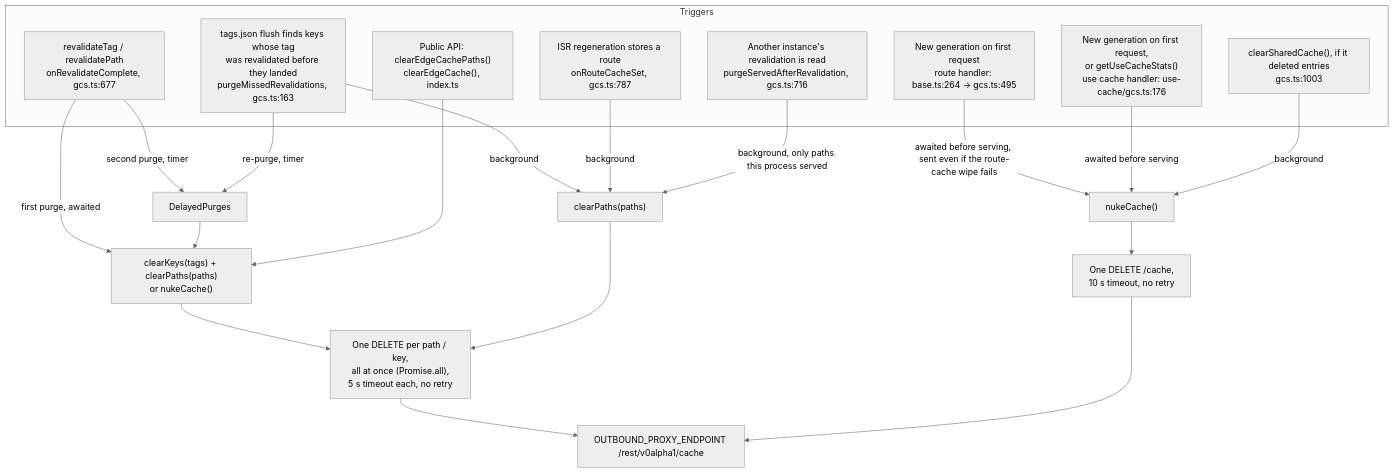
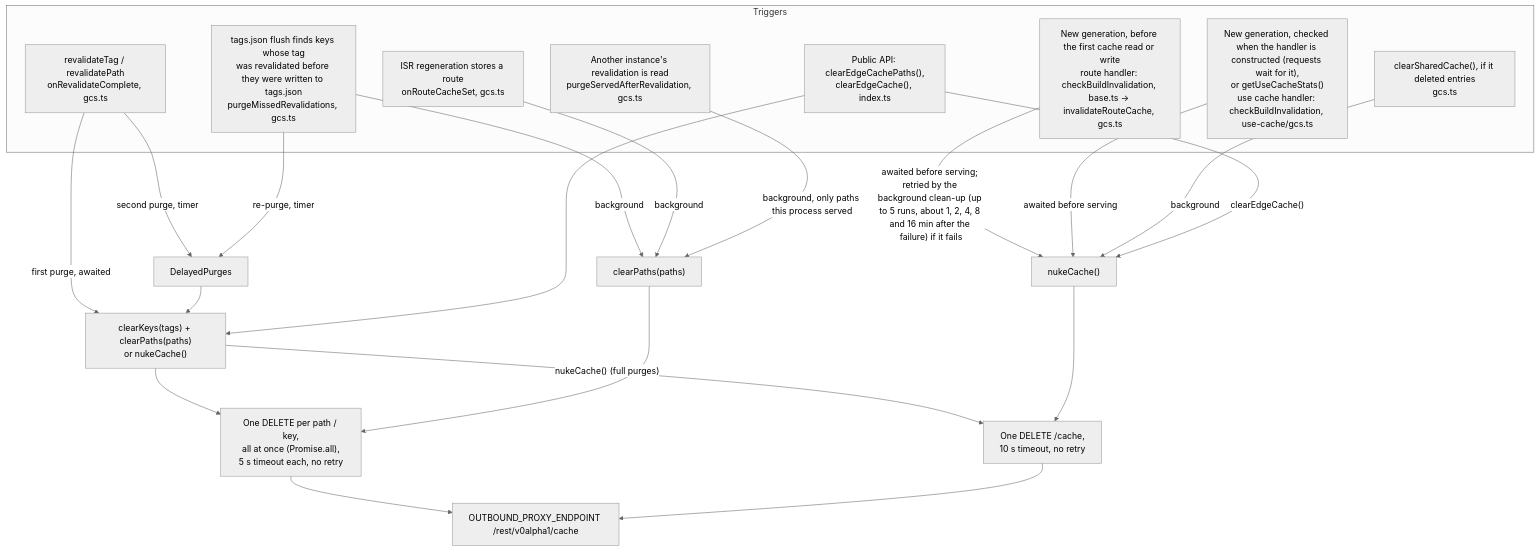
Before and after one commit to pantheon-systems/nextjs-cache-handler: the fourth of 5 diagrams in ARCHITECTURE.md, drawn with Mermaid (neutral theme). The commit also changed other lines of this file and 32 other files, not shown here.

First line of the commit message:
fix(SITE-6368):  move build cleanup off request path (#147)

````diff
--- a/ARCHITECTURE.md
+++ b/ARCHITECTURE.md
@@ -212,31 +216,33 @@
 ```mermaid
 flowchart TB
   subgraph triggers["Triggers"]
-    t1["revalidateTag / revalidatePath<br/>onRevalidateComplete, gcs.ts:677"]
-    t2["ISR regeneration stores a route<br/>onRouteCacheSet, gcs.ts:787"]
-    t3["tags.json flush finds keys whose tag<br/>was revalidated before they landed<br/>purgeMissedRevalidations, gcs.ts:163"]
-    t4["New generation on first request<br/>route handler: base.ts:264 → gcs.ts:495"]
-    t5["New generation on first request,<br/>or getUseCacheStats()<br/>use cache handler: use-cache/gcs.ts:176"]
-    t6["clearSharedCache(), if it deleted entries<br/>gcs.ts:1003"]
-    t8["Another instance's revalidation is read<br/>purgeServedAfterRevalidation, gcs.ts:716"]
-    t7["Public API: clearEdgeCachePaths()<br/>clearEdgeCache(), index.ts"]
+    t1["revalidateTag / revalidatePath<br/>onRevalidateComplete, gcs.ts"]
+    t2["ISR regeneration stores a route<br/>onRouteCacheSet, gcs.ts"]
+    t3["tags.json flush finds keys whose tag<br/>was revalidated before they were written to tags.json<br/>purgeMissedRevalidations, gcs.ts"]
+    t4["New generation, before the first cache read or write<br/>route handler: checkBuildInvalidation, base.ts → invalidateRouteCache, gcs.ts"]
+    t5["New generation, checked when the handler is constructed (requests wait for it),<br/>or getUseCacheStats()<br/>use cache handler: checkBuildInvalidation, use-cache/gcs.ts"]
+    t6["clearSharedCache(), if it deleted entries<br/>gcs.ts"]
+    t8["Another instance's revalidation is read<br/>purgeServedAfterRevalidation, gcs.ts"]
+    t7["Public API: clearEdgeCachePaths(),<br/>clearEdgeCache(), index.ts"]
   end
 
   t1 -- "first purge, awaited" --> keysPaths["clearKeys(tags) + clearPaths(paths)<br/>or nukeCache()"]
   t1 -- "second purge, timer" --> dp[DelayedPurges]
   t3 -- "background" --> paths1["clearPaths(paths)"]
   t3 -- "re-purge, timer" --> dp
   dp --> keysPaths
   t2 -- "background" --> paths1
-  t4 -- "awaited before serving, sent even if the route-cache wipe fails" --> nuke["nukeCache()"]
+  t4 -- "awaited before serving; retried by the background clean-up (up to 5 runs, about 1, 2, 4, 8 and 16 min after the failure) if it fails" --> nuke["nukeCache()"]
   t5 -- "awaited before serving" --> nuke
   t6 -- "background" --> nuke
   t7 --> keysPaths
+  t7 -- "clearEdgeCache()" --> nuke
+  keysPaths -- "nukeCache() (full purges)" --> one
   t8 -- "background, only paths this process served" --> paths1
 
   keysPaths --> fan["One DELETE per path / key,<br/>all at once (Promise.all),<br/>5 s timeout each, no retry"]
   paths1 --> fan
   nuke --> one["One DELETE /cache,<br/>10 s timeout, no retry"]
   fan --> proxy[OUTBOUND_PROXY_ENDPOINT /rest/v0alpha1/cache]
   one --> proxy
 ```
````
